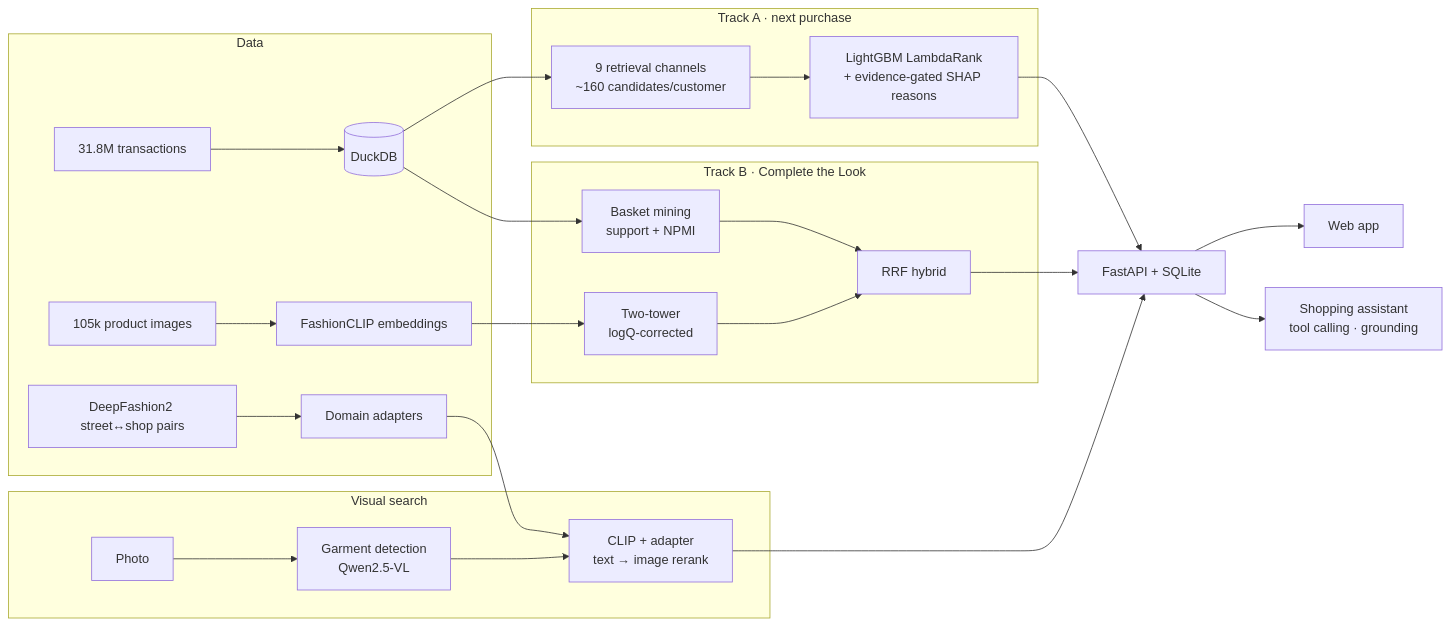
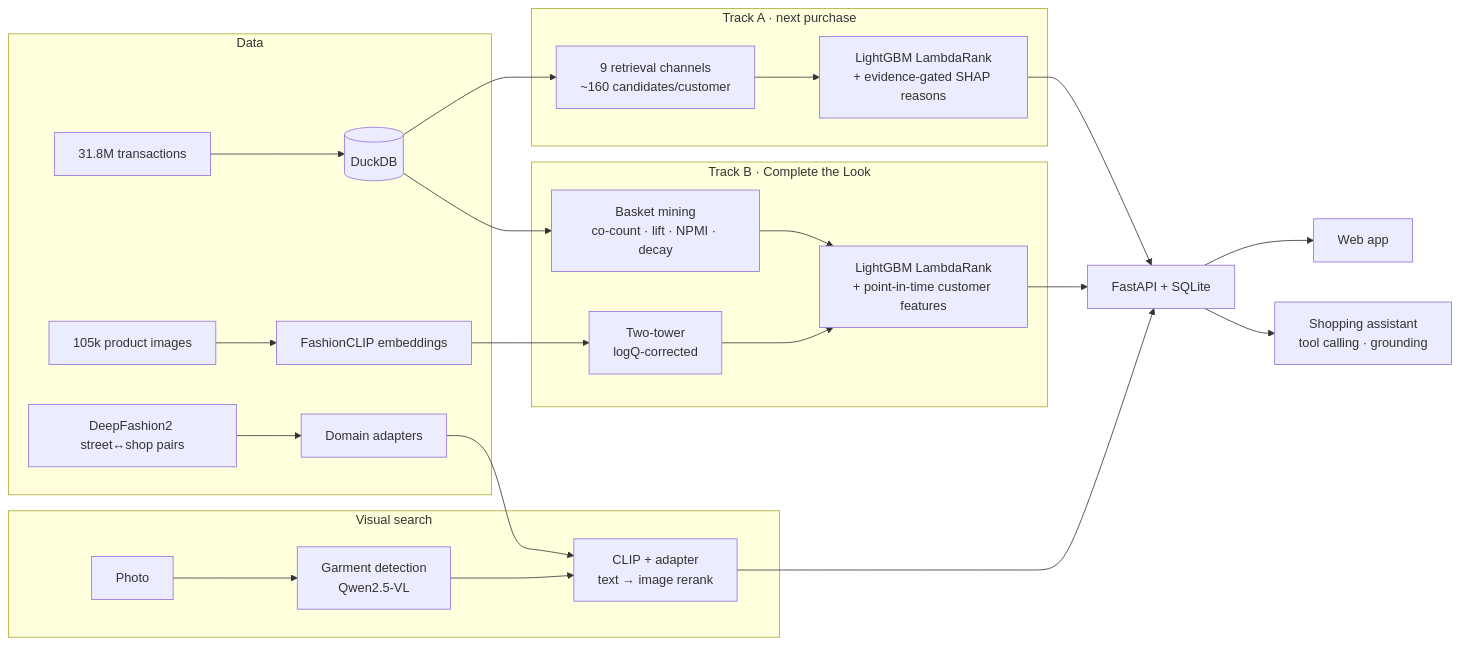
One commit to yilalalalala/ensemble-outfit-recommender changed the diagram in README.md. Above: the diagram before and after it, drawn with Mermaid. The commit also changed other lines of this file and 1 other file, not shown here.

````diff
--- a/README.md
+++ b/README.md
@@ -30,24 +30,24 @@
 ```mermaid
 flowchart LR
     subgraph Data
         T[31.8M transactions] --> DB[(DuckDB)]
         I[105k product images] --> CLIP[FashionCLIP embeddings]
         DF2[DeepFashion2 street↔shop pairs] --> AD[Domain adapters]
     end
     subgraph "Track A · next purchase"
         DB --> R[9 retrieval channels<br/>~160 candidates/customer] --> LR[LightGBM LambdaRank<br/>+ evidence-gated SHAP reasons]
     end
     subgraph "Track B · Complete the Look"
-        DB --> AR[Basket mining<br/>support + NPMI] --> H[RRF hybrid]
+        DB --> AR[Basket mining<br/>co-count · lift · NPMI · decay] --> H[LightGBM LambdaRank<br/>+ point-in-time customer features]
         CLIP --> TT[Two-tower<br/>logQ-corrected] --> H
     end
     subgraph "Visual search"
         P[Photo] --> VLM[Garment detection<br/>Qwen2.5-VL] --> VS[CLIP + adapter<br/>text → image rerank]
         AD --> VS
     end
     LR --> API[FastAPI + SQLite]
     H --> API
     VS --> API
     API --> UI[Web app]
     API --> AG[Shopping assistant<br/>tool calling · grounding]
 ```
````
